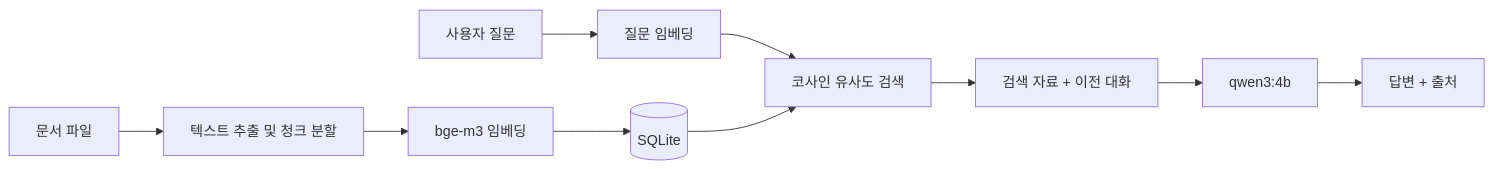
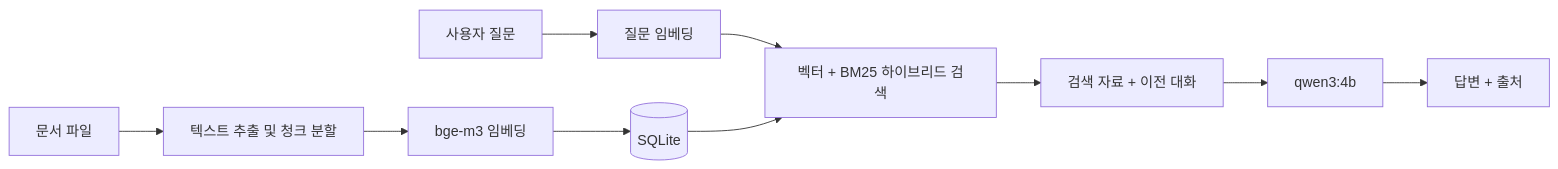
The diagram in README.md (suuuinkim/LocalAiTest), drawn with Mermaid before and after one commit. The commit also changed other lines of this file and 3 other files, not shown here.

````diff
--- a/README.md
+++ b/README.md
@@ -18,12 +19,12 @@
 ```mermaid
 flowchart LR
     F[문서 파일] --> L[텍스트 추출 및 청크 분할]
     L --> E[bge-m3 임베딩]
     E --> D[(SQLite)]
     Q[사용자 질문] --> QE[질문 임베딩]
-    QE --> S[코사인 유사도 검색]
+    QE --> S[벡터 + BM25 하이브리드 검색]
     D --> S
     S --> P[검색 자료 + 이전 대화]
     P --> M[qwen3:4b]
     M --> A[답변 + 출처]
 ```
````
